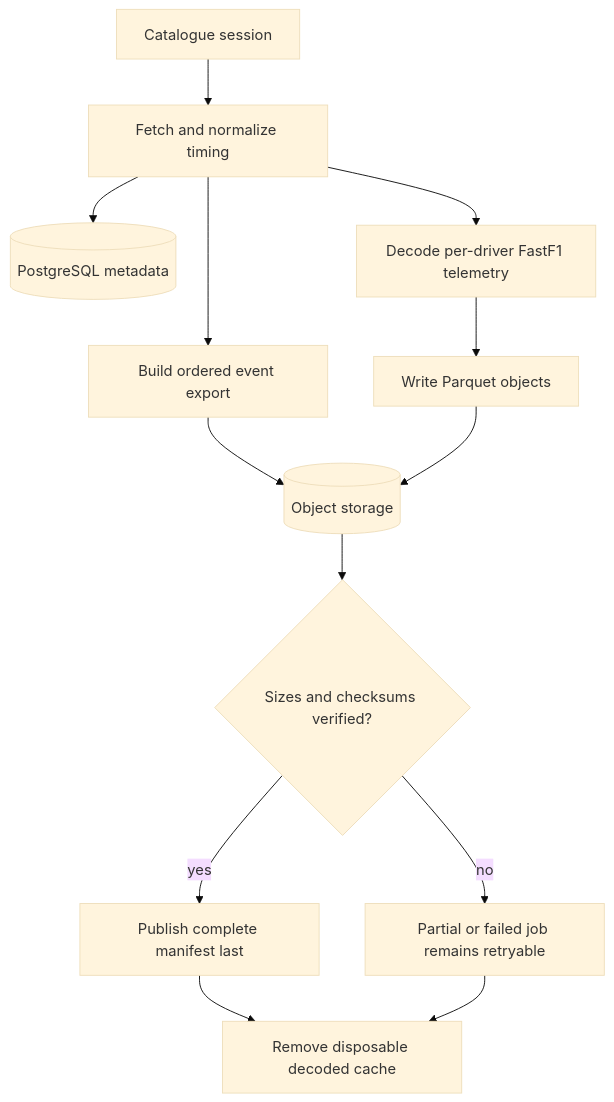
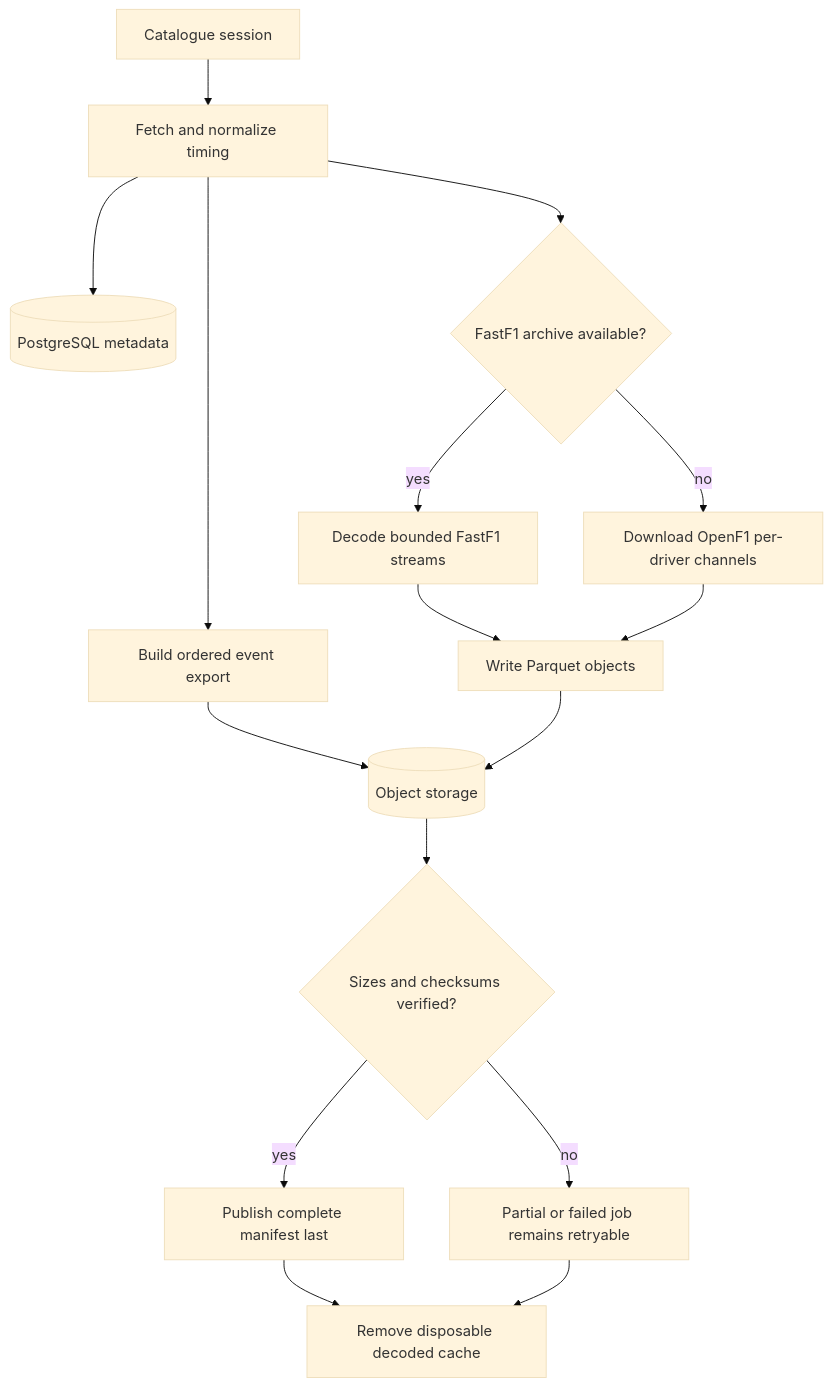
The second of 3 diagrams in docs/architecture.md (mohika05/pitwall), drawn with Mermaid (base theme) before and after one commit. The commit also changed other lines of this file and 11 other files, not shown here.

````diff
--- a/docs/architecture.md
+++ b/docs/architecture.md
@@ -34,15 +34,18 @@
 ```mermaid
 flowchart TD
     C[Catalogue session] --> T[Fetch and normalize timing]
     T --> P[(PostgreSQL metadata)]
     T --> E[Build ordered event export]
     E --> O[(Object storage)]
-    T --> D[Decode per-driver FastF1 telemetry]
+    T --> F{FastF1 archive available?}
+    F -- yes --> D[Decode bounded FastF1 streams]
+    F -- no --> D2[Download OpenF1 per-driver channels]
     D --> Q[Write Parquet objects]
+    D2 --> Q
     Q --> O
     O --> V{Sizes and checksums verified?}
     V -- yes --> M[Publish complete manifest last]
     V -- no --> X[Partial or failed job remains retryable]
     M --> CL[Remove disposable decoded cache]
     X --> CL
 ```
````
